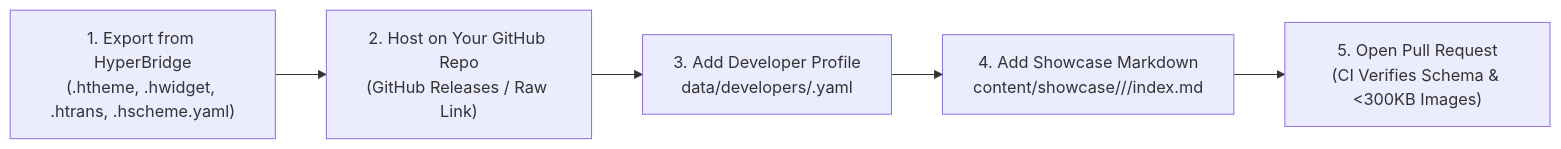
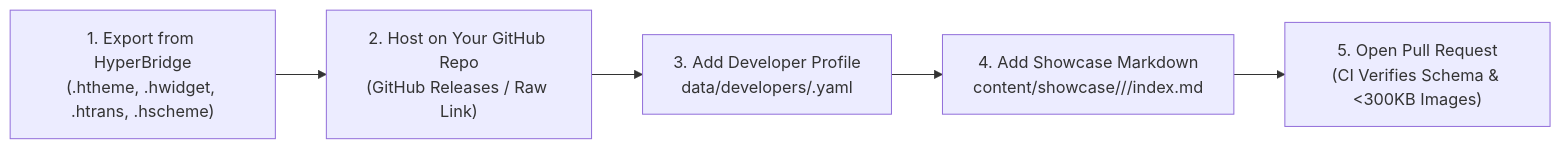
The diagram in content/docs/contributing/showcase-submission.md (D4vidDf/HyperBridge-Site), drawn with Mermaid before and after one commit. The commit also changed other lines of this file and 9 other files, not shown here.

````diff
--- a/content/docs/contributing/showcase-submission.md
+++ b/content/docs/contributing/showcase-submission.md
@@ -17,7 +17,7 @@
 ```mermaid
 flowchart LR
-    Export["1. Export from HyperBridge\n(.htheme, .hwidget, .htrans, .hscheme.yaml)"] --> Host["2. Host on Your GitHub Repo\n(GitHub Releases / Raw Link)"]
+    Export["1. Export from HyperBridge\n(.htheme, .hwidget, .htrans, .hscheme)"] --> Host["2. Host on Your GitHub Repo\n(GitHub Releases / Raw Link)"]
     Host --> Profile["3. Add Developer Profile\ndata/developers/<username>.yaml"]
     Profile --> Entry["4. Add Showcase Markdown\ncontent/showcase/<type>/<slug>/index.md"]
     Entry --> PR["5. Open Pull Request\n(CI Verifies Schema & <300KB Images)"]
 ```
````
